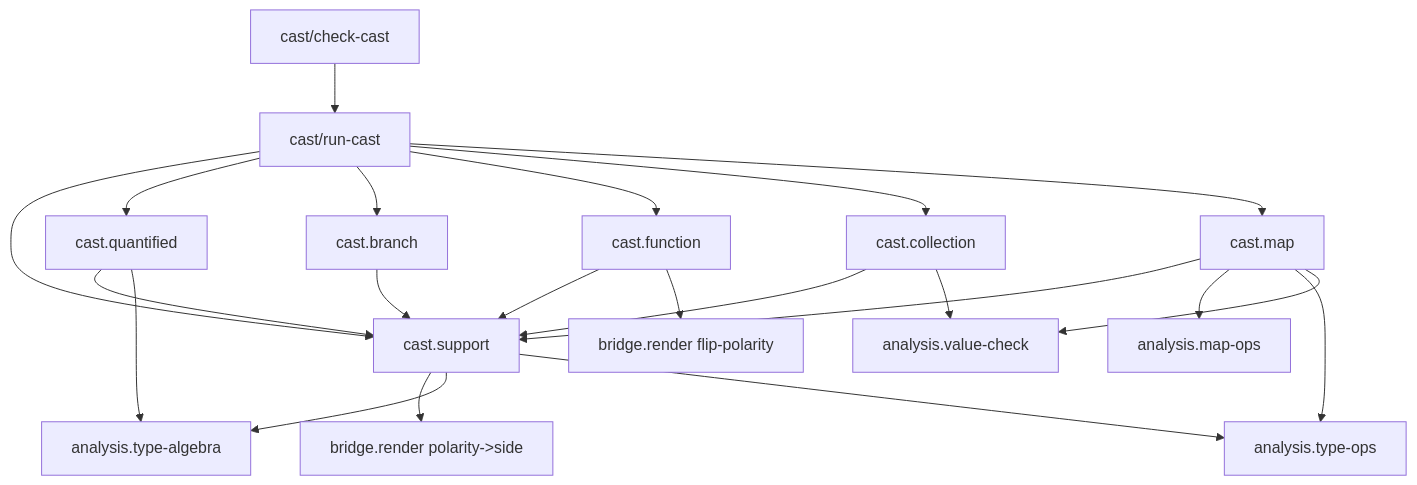
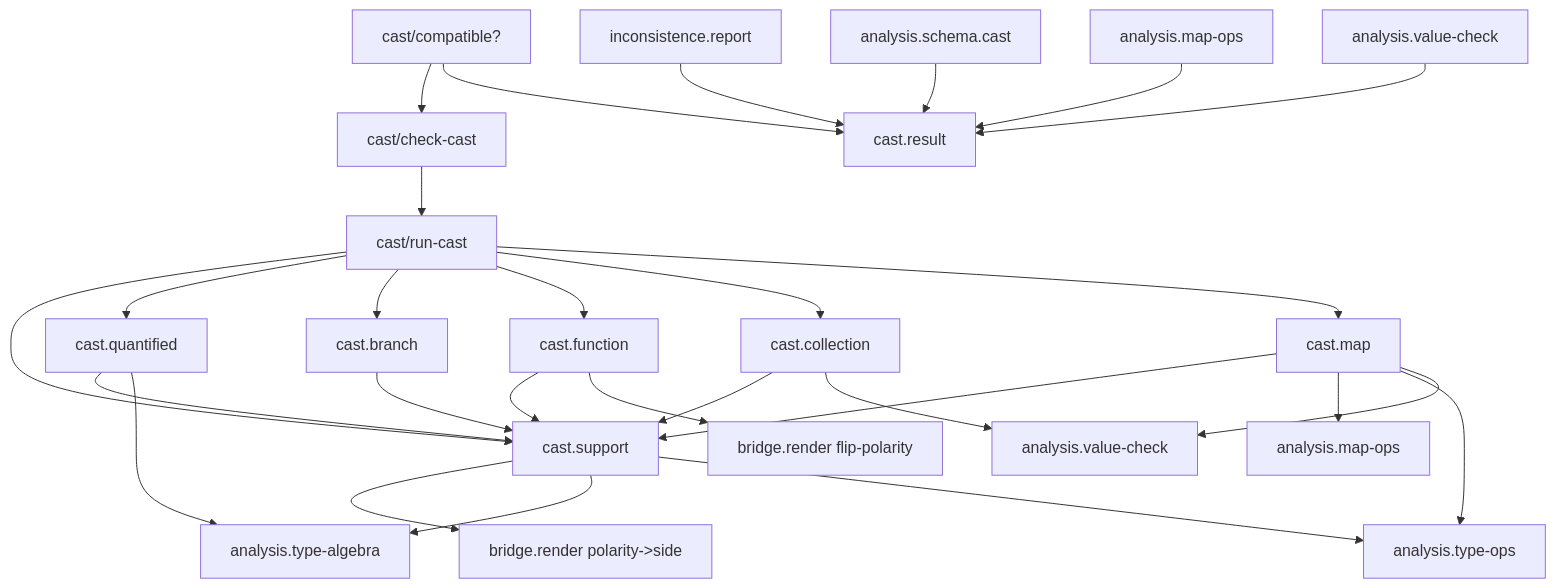
Before and after one commit to nomicflux/skeptic: the diagram in skeptic/docs/cast-function-map.md, drawn with Mermaid. The commit also changed other lines of this file and 1 other file, not shown here.

Commit message:
cast docs update

````diff
--- a/skeptic/docs/cast-function-map.md
+++ b/skeptic/docs/cast-function-map.md
@@ -41,30 +45,37 @@
 ```mermaid
 flowchart TD
   CC["cast/check-cast"] --> RC["cast/run-cast"]
   RC --> SUP["cast.support"]
   RC --> Q["cast.quantified"]
   RC --> B["cast.branch"]
   RC --> F["cast.function"]
   RC --> C["cast.collection"]
   RC --> M["cast.map"]
+  COMP["cast/compatible?"] --> CC
+  COMP --> R["cast.result"]
 
   Q --> SUP
   Q --> TA["analysis.type-algebra"]
 
   B --> SUP
 
   F --> SUP
   F --> BR["bridge.render flip-polarity"]
 
   C --> SUP
   C --> VC["analysis.value-check"]
 
   M --> SUP
   M --> MO["analysis.map-ops"]
   M --> TO["analysis.type-ops"]
   M --> VC
 
   SUP --> BR2["bridge.render polarity->side"]
   SUP --> TA
   SUP --> TO
+
+  REP["inconsistence.report"] --> R
+  SC["analysis.schema.cast"] --> R
+  MO2["analysis.map-ops"] --> R
+  VC2["analysis.value-check"] --> R
 ```
````
